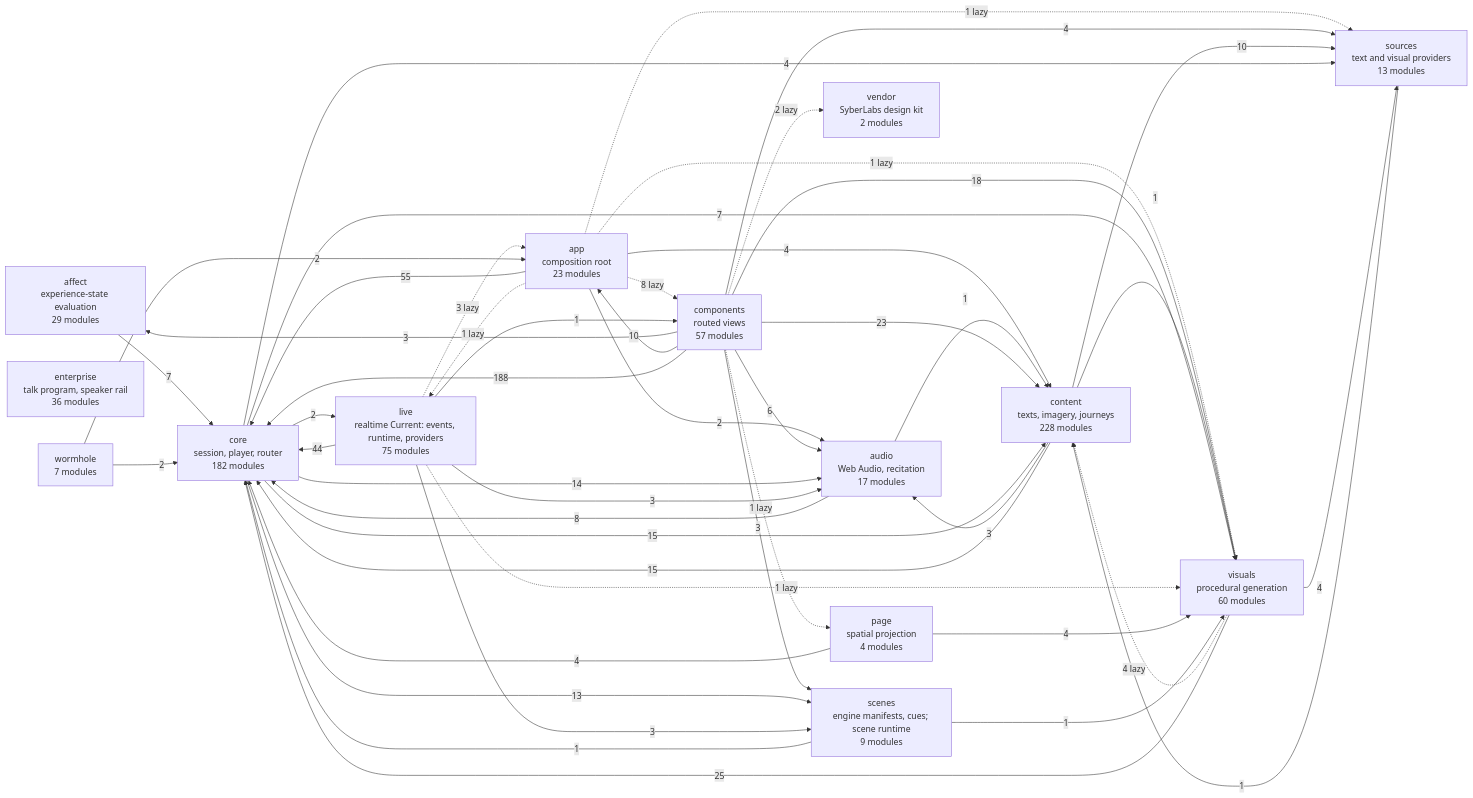
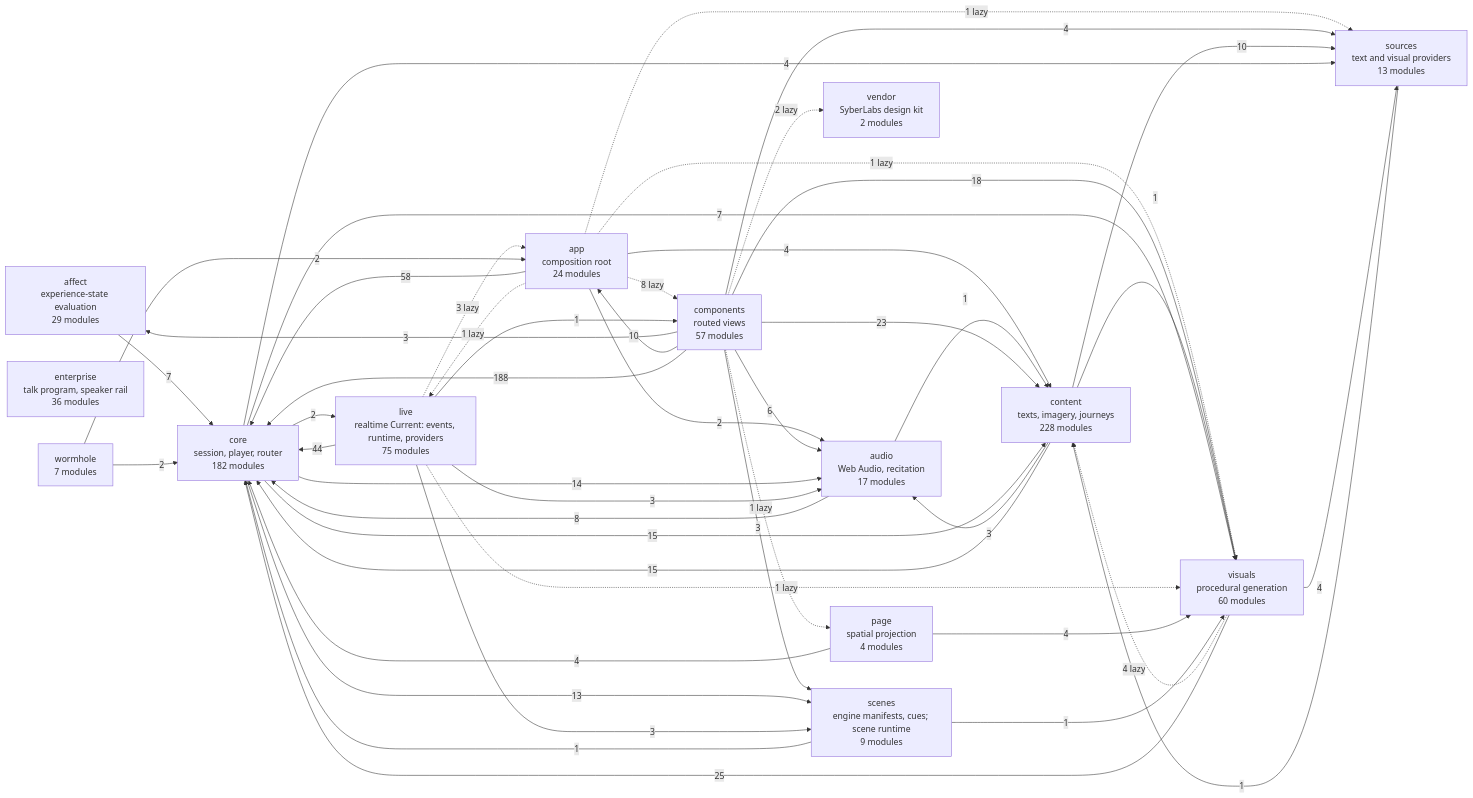
The diagram in docs/specs/ARCHITECTURE.md (SyberLabs/RISE), drawn with Mermaid before and after one commit. The commit also changed 17 other files, not shown here.

````diff
--- a/docs/specs/ARCHITECTURE.md
+++ b/docs/specs/ARCHITECTURE.md
@@ -161,64 +161,64 @@
 ```mermaid
 flowchart LR
     affect["affect<br/>experience-state evaluation<br/>29 modules"]
-    app["app<br/>composition root<br/>23 modules"]
+    app["app<br/>composition root<br/>24 modules"]
     audio["audio<br/>Web Audio, recitation<br/>17 modules"]
     components["components<br/>routed views<br/>57 modules"]
     content["content<br/>texts, imagery, journeys<br/>228 modules"]
     core["core<br/>session, player, router<br/>182 modules"]
     enterprise["enterprise<br/>talk program, speaker rail<br/>36 modules"]
     live["live<br/>realtime Current: events, runtime, providers<br/>75 modules"]
     page["page<br/>spatial projection<br/>4 modules"]
     scenes["scenes<br/>engine manifests, cues; scene runtime<br/>9 modules"]
     sources["sources<br/>text and visual providers<br/>13 modules"]
     vendor["vendor<br/>SyberLabs design kit<br/>2 modules"]
     visuals["visuals<br/>procedural generation<br/>60 modules"]
     wormhole["wormhole<br/>7 modules"]
 
     affect --> |7| core
     app --> |2| audio
     app -.-> |8 lazy| components
     app --> |4| content
-    app --> |55| core
+    app --> |58| core
     app -.-> |1 lazy| live
     app -.-> |1 lazy| sources
     app -.-> |1 lazy| visuals
     audio --> |1| content
     audio --> |8| core
     components --> |3| affect
     components --> |10| app
     components --> |6| audio
     components --> |23| content
     components --> |188| core
     components -.-> |1 lazy| page
     components --> |3| scenes
     components --> |4| sources
     components -.-> |2 lazy| vendor
     components --> |18| visuals
     content --> |3| audio
     content --> |15| core
     content --> |10| sources
     content --> |1| visuals
     core --> |14| audio
     core --> |15| content
     core --> |2| live
     core --> |13| scenes
     core --> |4| sources
     core --> |7| visuals
     live -.-> |3 lazy| app
     live --> |3| audio
     live --> |1| components
     live --> |44| core
     live --> |3| scenes
     live -.-> |1 lazy| visuals
     page --> |4| core
     page --> |4| visuals
     scenes --> |1| core
     scenes --> |1| visuals
     sources --> |1| content
     visuals -.-> |4 lazy| content
     visuals --> |25| core
     visuals --> |4| sources
     wormhole --> |2| app
     wormhole --> |2| core
 ```
````
